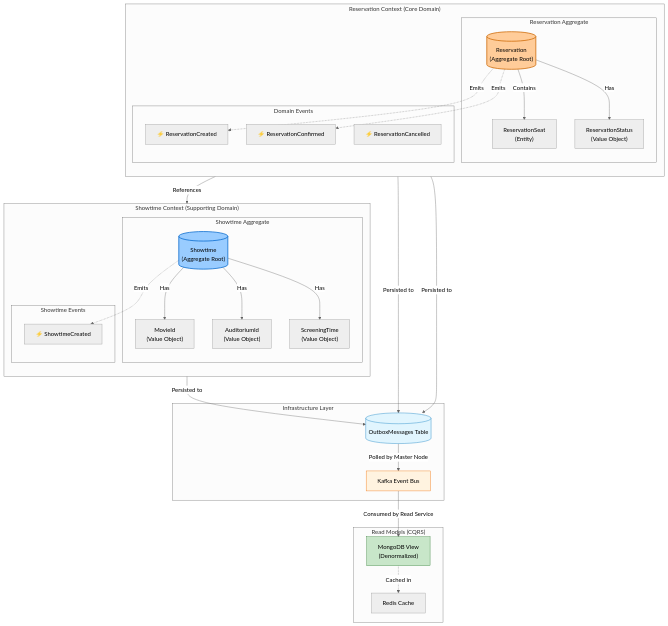
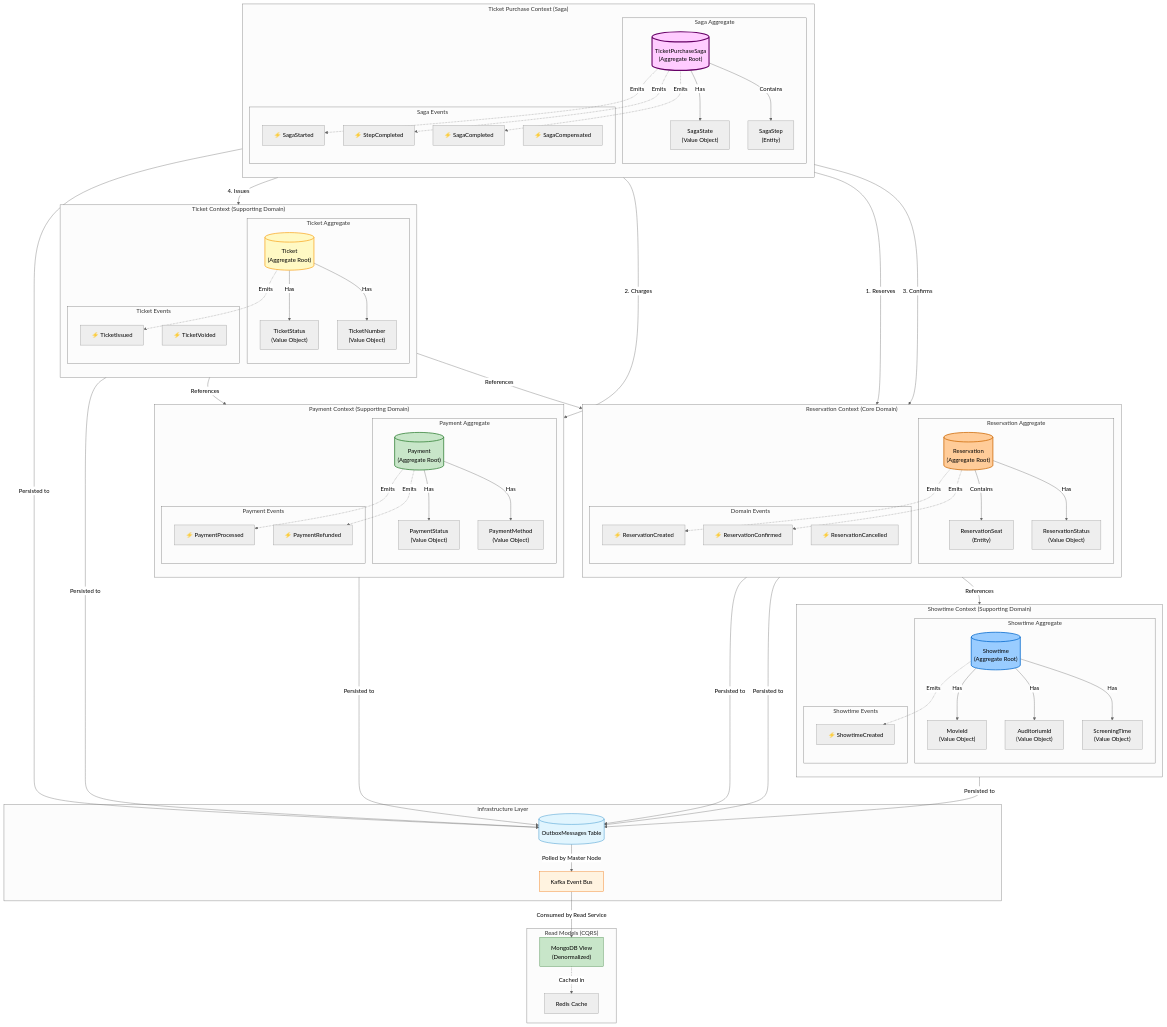
Before and after one commit to sonne120/cinema: the third of 6 diagrams in README.md, drawn with Mermaid (neutral theme). The commit also changed other lines of this file, not shown here.

Commit message:
correct README.md

```diff
--- a/README.md
+++ b/README.md
@@ -262,6 +263,88 @@
     end
 
     %% ---------------------------------------------------------
+    %% BOUNDED CONTEXT: TICKET PURCHASE (Saga Orchestration)
+    %% ---------------------------------------------------------
+    subgraph "Ticket Purchase Context (Saga)"
+        direction TB
+        
+        subgraph "Saga Aggregate"
+            TicketPurchaseSaga[("TicketPurchaseSaga<br/>(Aggregate Root)")]
+            SagaState["SagaState<br/>(Value Object)"]
+            SagaStep["SagaStep<br/>(Entity)"]
+            
+            TicketPurchaseSaga -->|Has| SagaState
+            TicketPurchaseSaga -->|Contains| SagaStep
+        end
+        
+        subgraph "Saga Events"
+            EvtSagaStarted["⚡ SagaStarted"]
+            EvtStepCompleted["⚡ StepCompleted"]
+            EvtSagaCompleted["⚡ SagaCompleted"]
+            EvtSagaCompensated["⚡ SagaCompensated"]
+        end
+        
+        TicketPurchaseSaga -.->|Emits| EvtSagaStarted
+        TicketPurchaseSaga -.->|Emits| EvtStepCompleted
+        TicketPurchaseSaga -.->|Emits| EvtSagaCompleted
+    end
+
+    %% ---------------------------------------------------------
+    %% BOUNDED CONTEXT: PAYMENT (Supporting Domain)
+    %% ---------------------------------------------------------
+    subgraph "Payment Context (Supporting Domain)"
+        direction TB
+        
+        subgraph "Payment Aggregate"
+            Payment[("Payment<br/>(Aggregate Root)")]
+            PaymentStatus["PaymentStatus<br/>(Value Object)"]
+            PaymentMethod["PaymentMethod<br/>(Value Object)"]
+            
+            Payment -->|Has| PaymentStatus
+            Payment -->|Has| PaymentMethod
+        end
+        
+        subgraph "Payment Events"
+            EvtPaymentProcessed["⚡ PaymentProcessed"]
+            EvtPaymentRefunded["⚡ PaymentRefunded"]
+        end
+        
+        Payment -.->|Emits| EvtPaymentProcessed
+        Payment -.->|Emits| EvtPaymentRefunded
+    end
+
+    %% ---------------------------------------------------------
+    %% BOUNDED CONTEXT: TICKET (Supporting Domain)
+    %% ---------------------------------------------------------
+    subgraph "Ticket Context (Supporting Domain)"
+        direction TB
+        
+        subgraph "Ticket Aggregate"
+            Ticket[("Ticket<br/>(Aggregate Root)")]
+            TicketStatus["TicketStatus<br/>(Value Object)"]
+            TicketNumber["TicketNumber<br/>(Value Object)"]
+            
+            Ticket -->|Has| TicketStatus
+            Ticket -->|Has| TicketNumber
+        end
+        
+        subgraph "Ticket Events"
+            EvtTicketIssued["⚡ TicketIssued"]
+            EvtTicketVoided["⚡ TicketVoided"]
+        end
+        
+        Ticket -.->|Emits| EvtTicketIssued
+    end
+
+    %% ---------------------------------------------------------
+    %% SAGA ORCHESTRATION RELATIONSHIPS
+    %% ---------------------------------------------------------
+    TicketPurchaseSaga -->|1. Reserves| Reservation
+    TicketPurchaseSaga -->|2. Charges| Payment
+    TicketPurchaseSaga -->|3. Confirms| Reservation
+    TicketPurchaseSaga -->|4. Issues| Ticket
+
+    %% ---------------------------------------------------------
     %% INFRASTRUCTURE & INTEGRATION
     %% ---------------------------------------------------------
     subgraph "Infrastructure Layer"
@@ -271,6 +354,9 @@
         EvtResCreated -->|Persisted to| OutboxTable
         EvtResConfirmed -->|Persisted to| OutboxTable
         EvtShowCreated -->|Persisted to| OutboxTable
+        EvtSagaCompleted -->|Persisted to| OutboxTable
+        EvtPaymentProcessed -->|Persisted to| OutboxTable
+        EvtTicketIssued -->|Persisted to| OutboxTable
         
         OutboxTable -->|Polled by Master Node| KafkaBus
     end
@@ -288,10 +374,15 @@
 
     %% Relationships
     Reservation -->|References| Showtime
+    Ticket -->|References| Reservation
+    Ticket -->|References| Payment
     
     %% Styling
     style Reservation fill:#ffcc99,stroke:#cc6600,stroke-width:2px
     style Showtime fill:#99ccff,stroke:#0066cc,stroke-width:2px
+    style TicketPurchaseSaga fill:#ffccff,stroke:#660066,stroke-width:3px
+    style Payment fill:#c8e6c9,stroke:#2e7d32,stroke-width:2px
+    style Ticket fill:#fff9c4,stroke:#f9a825,stroke-width:2px
     style OutboxTable fill:#e1f5fe,stroke:#0277bd
     style KafkaBus fill:#fff3e0,stroke:#ef6c00
     style MongoView fill:#c8e6c9,stroke:#2e7d32
```
